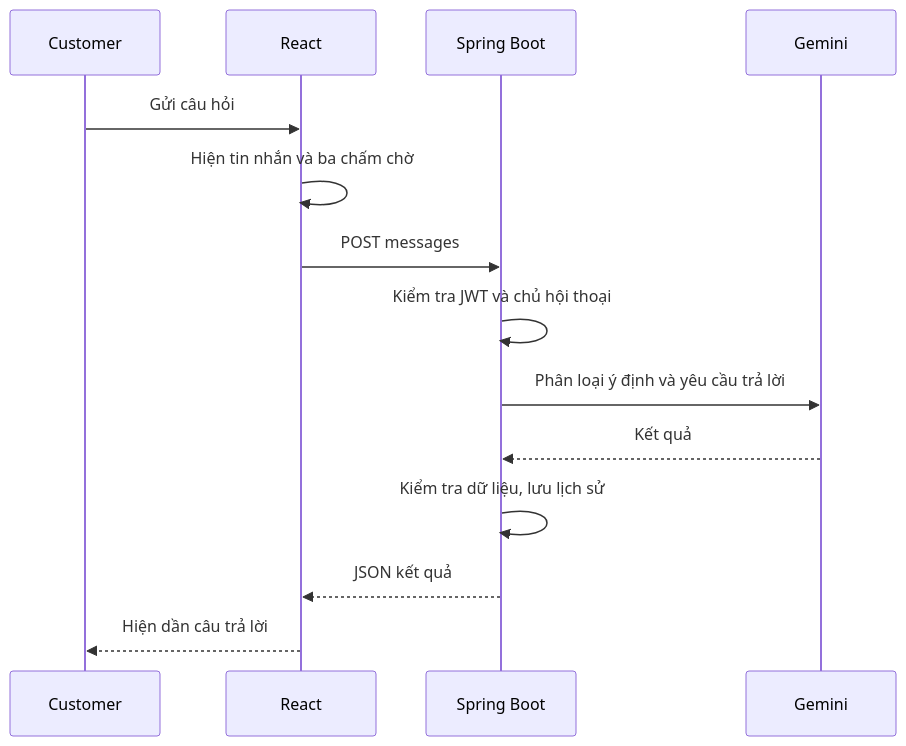
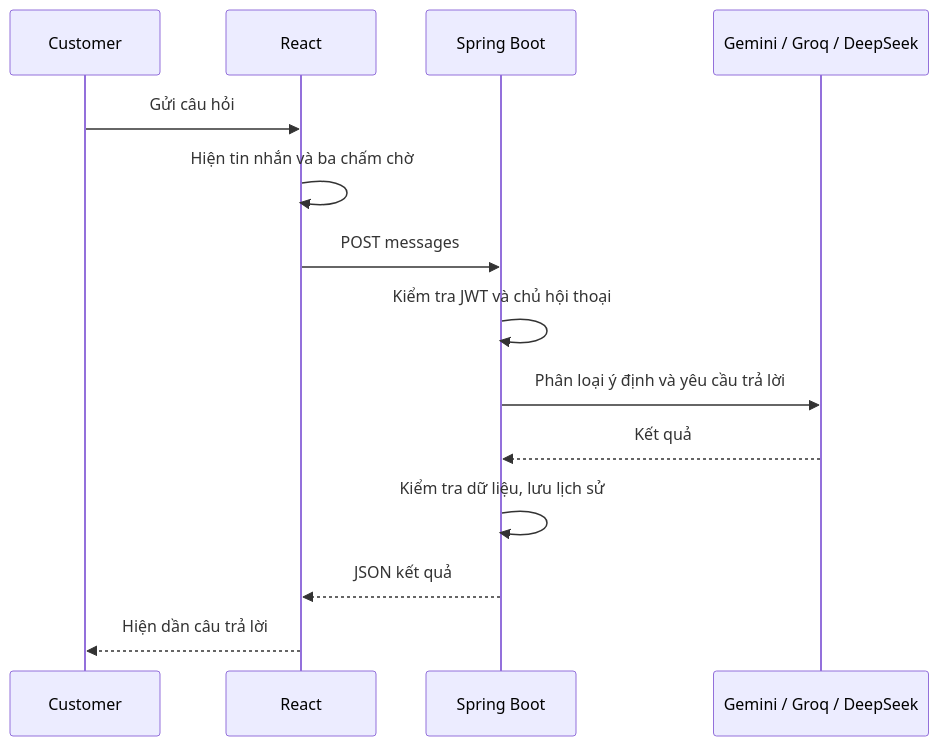
Before and after one commit to TinTran04/HSF302-Smartphone-AI: the first of 3 diagrams in USER_GUIDE.md, drawn with Mermaid. The commit also changed other lines of this file and 26 other files, not shown here.

First line of the commit message:
feat(ai): hoán chuyển nền tảng Chat giữa Gemini, Groq và DeepSeek

````diff
--- a/USER_GUIDE.md
+++ b/USER_GUIDE.md
@@ -259,16 +272,16 @@
 ```mermaid
 sequenceDiagram
     participant U as Customer
     participant F as React
     participant B as Spring Boot
-    participant G as Gemini
+    participant G as Gemini / Groq / DeepSeek
     U->>F: Gửi câu hỏi
     F->>F: Hiện tin nhắn và ba chấm chờ
     F->>B: POST messages
     B->>B: Kiểm tra JWT và chủ hội thoại
     B->>G: Phân loại ý định và yêu cầu trả lời
     G-->>B: Kết quả
     B->>B: Kiểm tra dữ liệu, lưu lịch sử
     B-->>F: JSON kết quả
     F-->>U: Hiện dần câu trả lời
 ```
````
